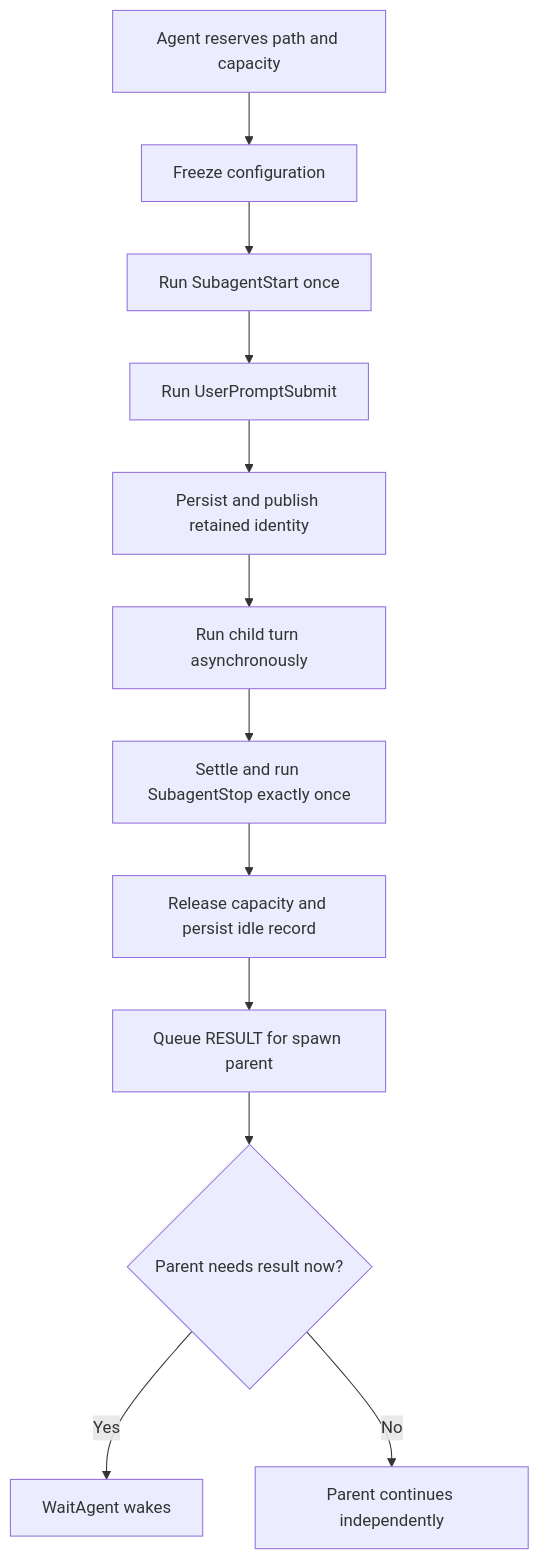
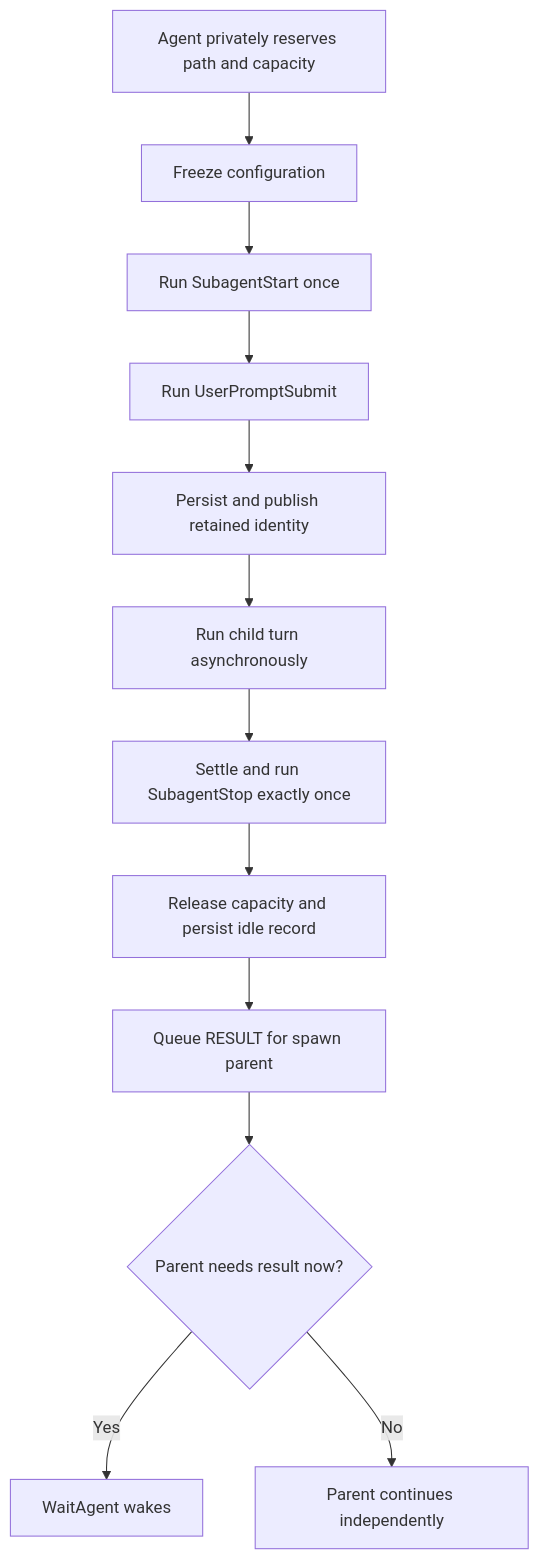
One commit to FrauH0lle/mevedel changed the diagram in docs/agents.md. Above: the diagram before and after it, drawn with Mermaid. The commit also changed 10 other files, not shown here.

````diff
--- a/docs/agents.md
+++ b/docs/agents.md
@@ -140,14 +140,14 @@
 ```mermaid
 flowchart TD
-    A[Agent reserves path and capacity] --> B[Freeze configuration]
+    A[Agent privately reserves path and capacity] --> B[Freeze configuration]
     B --> C[Run SubagentStart once]
     C --> D[Run UserPromptSubmit]
     D --> E[Persist and publish retained identity]
     E --> F[Run child turn asynchronously]
     F --> G[Settle and run SubagentStop exactly once]
     G --> H[Release capacity and persist idle record]
     H --> I[Queue RESULT for spawn parent]
     I --> J{Parent needs result now?}
     J -- Yes --> K[WaitAgent wakes]
     J -- No --> L[Parent continues independently]
 ```
````
